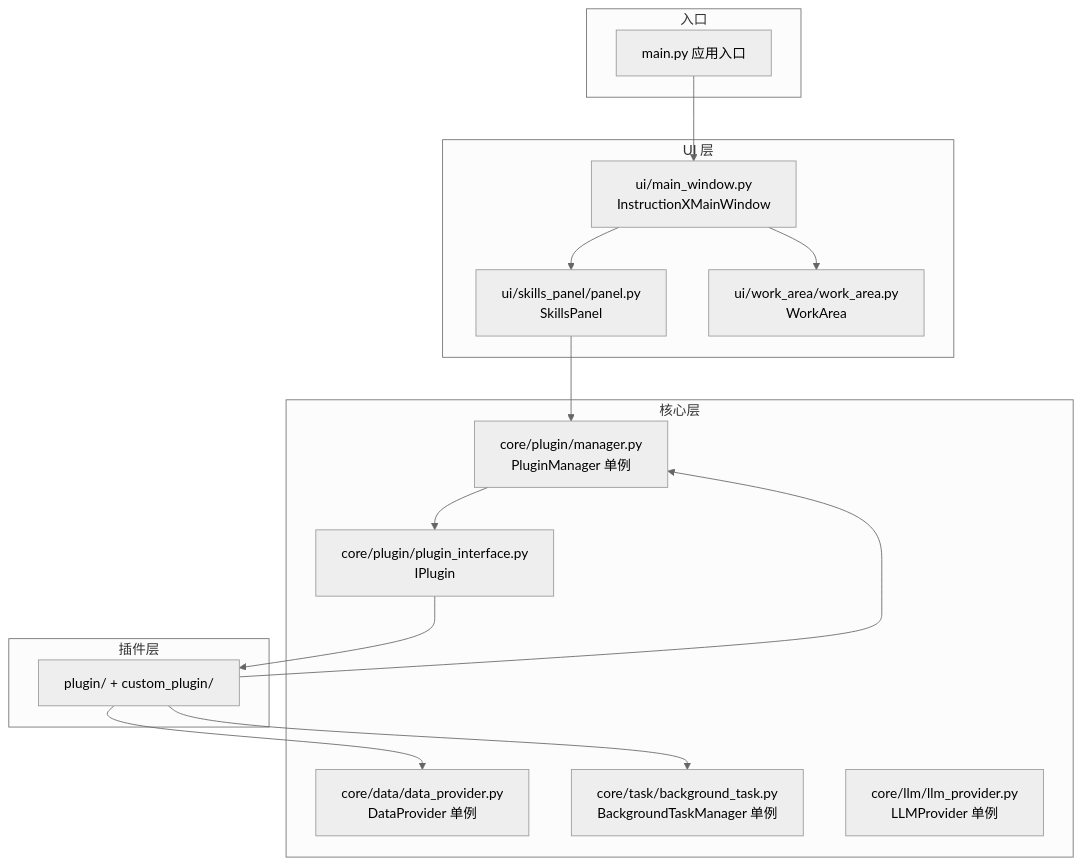
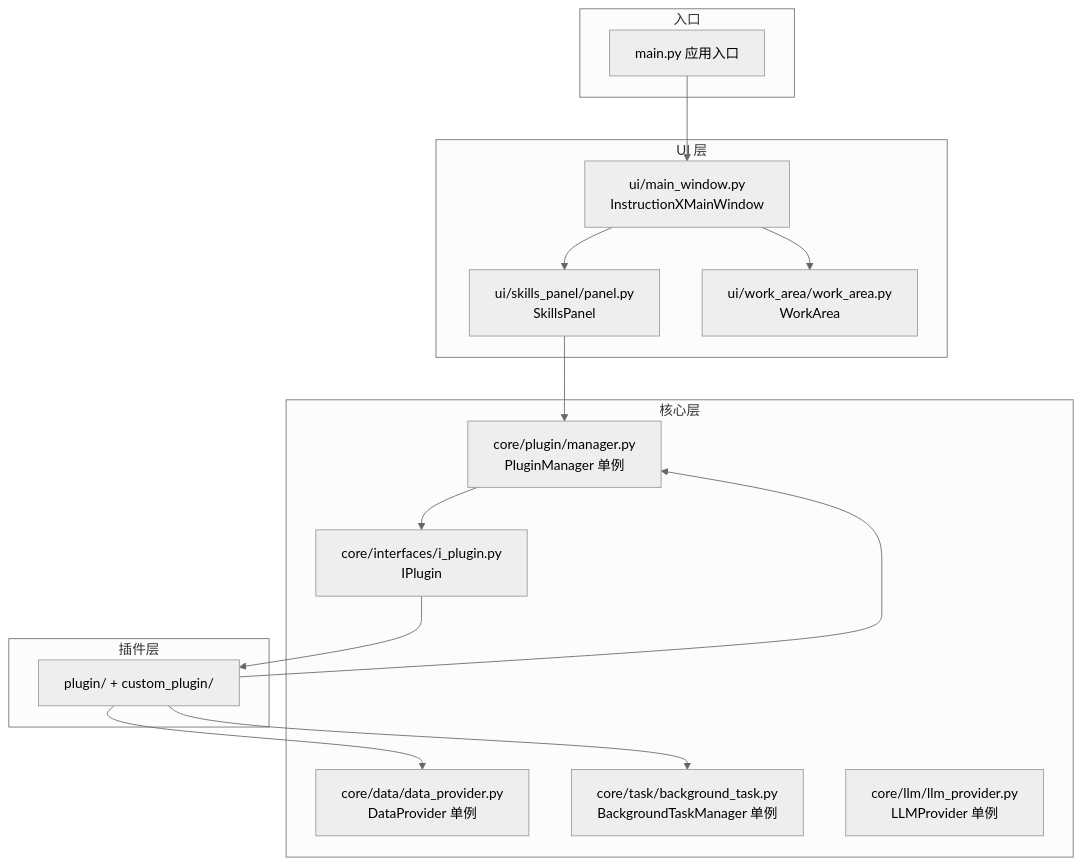
Before and after one commit to KKPIP-Tech/InstructionX: the first of 5 diagrams in docs/architecture/module-dependencies.md, drawn with Mermaid (neutral theme). The commit also changed 8 other files, not shown here.

````diff
--- a/docs/architecture/module-dependencies.md
+++ b/docs/architecture/module-dependencies.md
@@ -9,34 +9,34 @@
 ```mermaid
 graph TB
     subgraph Entry["入口"]
         MAIN[main.py 应用入口]
     end
 
     subgraph UI["UI 层"]
         MW[ui/main_window.py<br/>InstructionXMainWindow]
         SP[ui/skills_panel/panel.py<br/>SkillsPanel]
         WA[ui/work_area/work_area.py<br/>WorkArea]
     end
 
     subgraph Core["核心层"]
         PM[core/plugin/manager.py<br/>PluginManager 单例]
         DP[core/data/data_provider.py<br/>DataProvider 单例]
         BTM[core/task/background_task.py<br/>BackgroundTaskManager 单例]
         LLM[core/llm/llm_provider.py<br/>LLMProvider 单例]
-        IPlugin[core/plugin/plugin_interface.py<br/>IPlugin]
+        IPlugin[core/interfaces/i_plugin.py<br/>IPlugin]
     end
 
     subgraph Plugins["插件层"]
         PLUGIN[plugin/ + custom_plugin/]
     end
 
     MAIN --> MW
     MW --> SP
     MW --> WA
     SP --> PM
     PM --> IPlugin
     IPlugin --> PLUGIN
     PLUGIN --> PM
     PLUGIN --> DP
     PLUGIN --> BTM
 ```
````
